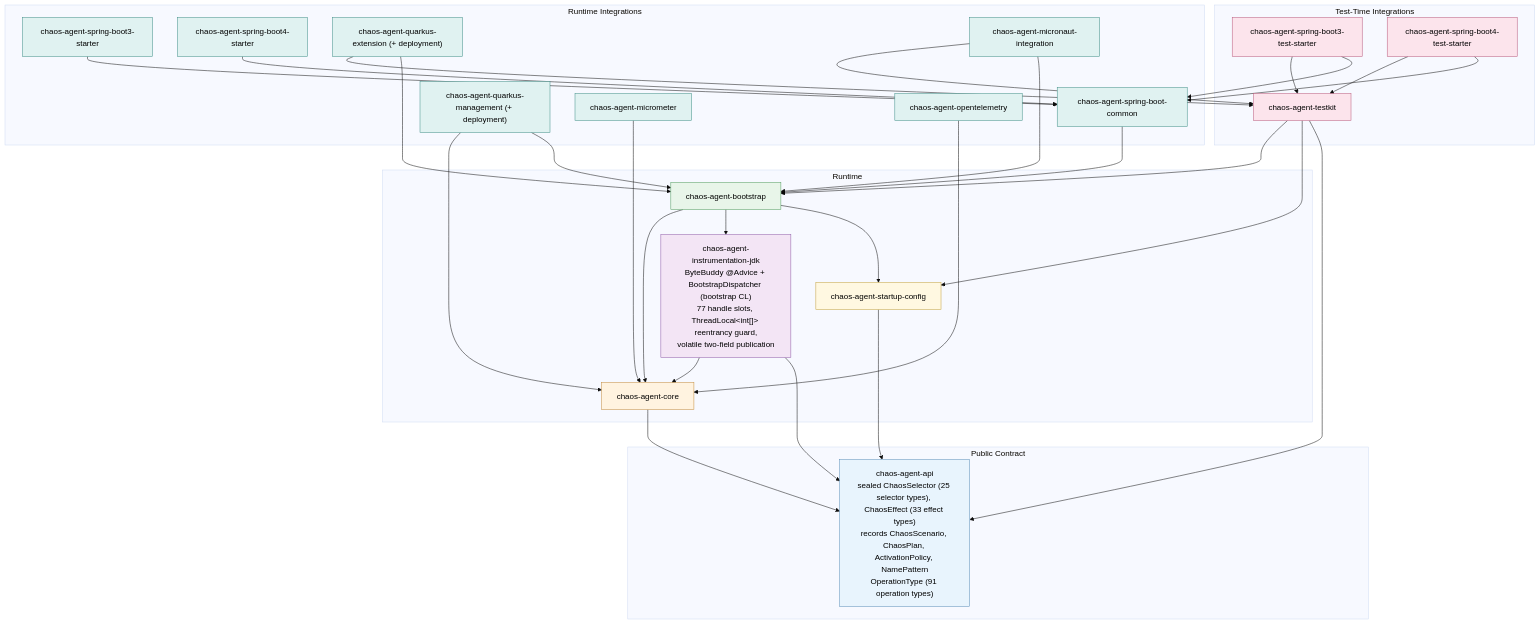
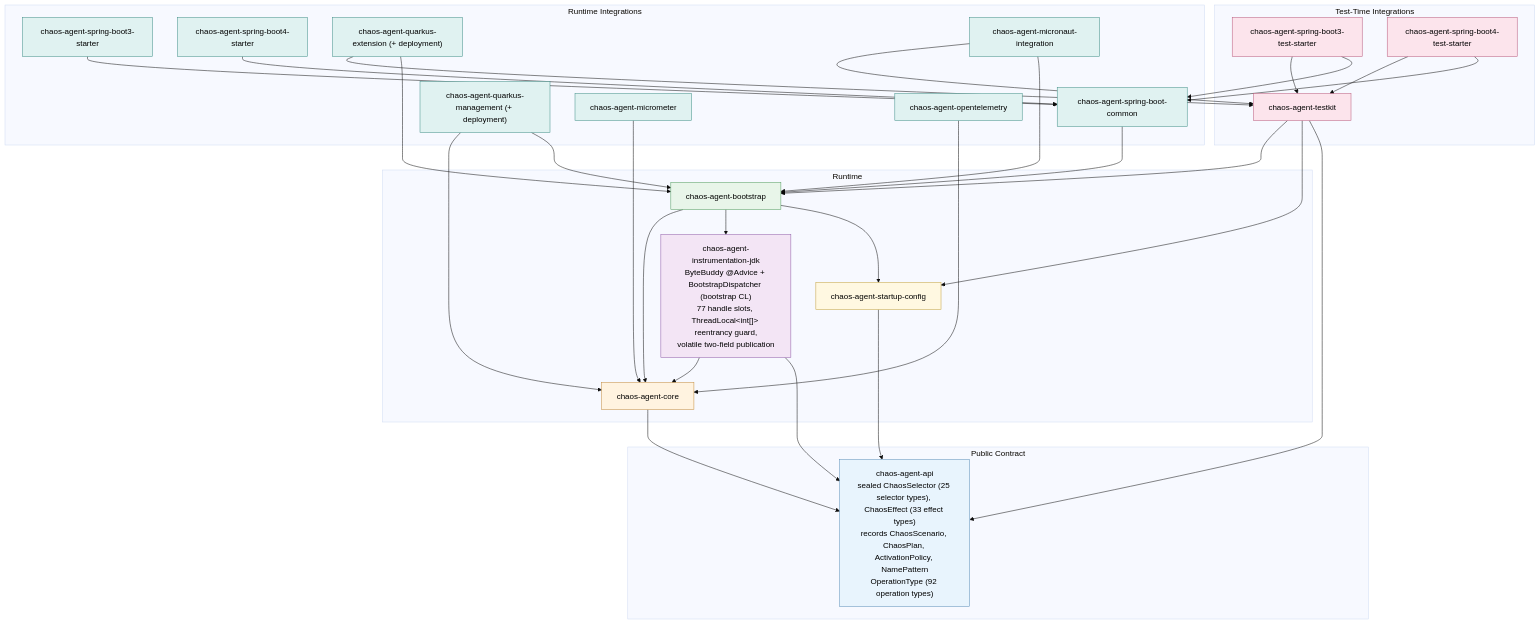
Before and after one commit to macstab/macstab-chaos-jvm-agent: the first of 4 diagrams in docs/overall-agent.md, drawn with Mermaid (base theme). The commit also changed other lines of this file and 8 other files, not shown here.

Commit message:
docs: every event type is published; 92 operation types; no benchmark gate; reports need reports=on; stressor steps and API surface match the code

````diff
--- a/docs/overall-agent.md
+++ b/docs/overall-agent.md
@@ -103,68 +103,68 @@
 ```mermaid
 flowchart TB
   subgraph contract["Public Contract"]
-    api["chaos-agent-api<br/>sealed ChaosSelector (25 selector types), ChaosEffect (33 effect types)<br/>records ChaosScenario, ChaosPlan, ActivationPolicy, NamePattern<br/>OperationType (91 operation types)"]
+    api["chaos-agent-api<br/>sealed ChaosSelector (25 selector types), ChaosEffect (33 effect types)<br/>records ChaosScenario, ChaosPlan, ActivationPolicy, NamePattern<br/>OperationType (92 operation types)"]
   end
   subgraph runtime["Runtime"]
     core["chaos-agent-core"]
     instr["chaos-agent-instrumentation-jdk<br/>ByteBuddy @Advice + BootstrapDispatcher (bootstrap CL)<br/>77 handle slots, ThreadLocal&lt;int[]&gt; reentrancy guard,<br/>volatile two-field publication"]
     config["chaos-agent-startup-config"]
     boot["chaos-agent-bootstrap"]
   end
   subgraph testing["Test-Time Integrations"]
     testkit["chaos-agent-testkit"]
     sb3t["chaos-agent-spring-boot3-test-starter"]
     sb4t["chaos-agent-spring-boot4-test-starter"]
   end
   subgraph integrations["Runtime Integrations"]
     sbc["chaos-agent-spring-boot-common"]
     sb3["chaos-agent-spring-boot3-starter"]
     sb4["chaos-agent-spring-boot4-starter"]
     qx["chaos-agent-quarkus-extension (+ deployment)"]
     qm["chaos-agent-quarkus-management (+ deployment)"]
     mn["chaos-agent-micronaut-integration"]
     mm["chaos-agent-micrometer"]
     otel["chaos-agent-opentelemetry"]
   end
 
   core --> api
   instr --> core
   instr --> api
   config --> api
   boot --> core
   boot --> instr
   boot --> config
   testkit --> boot
   testkit --> config
   testkit --> api
   sb3t --> testkit
   sb4t --> testkit
   sb3t --> sbc
   sb4t --> sbc
   sbc --> boot
   sb3 --> sbc
   sb4 --> sbc
   qx --> testkit
   qx --> boot
   qm --> core
   qm --> boot
   mn --> testkit
   mn --> boot
   mm --> core
   otel --> core
 
   classDef apiStyle fill:#E8F4FD,stroke:#5B8DB8,color:#000
   classDef coreStyle fill:#FFF3E0,stroke:#C28A3A,color:#000
   classDef bridgeStyle fill:#F3E5F5,stroke:#8E5BA8,color:#000
   classDef bootStyle fill:#E8F5E9,stroke:#4E9A5B,color:#000
   classDef configStyle fill:#FFF8E1,stroke:#C2A13A,color:#000
   classDef testStyle fill:#FCE4EC,stroke:#B8587A,color:#000
   classDef springStyle fill:#E0F2F1,stroke:#3E8E86,color:#000
   class api apiStyle
   class core coreStyle
   class instr bridgeStyle
   class boot bootStyle
   class config configStyle
   class testkit,sb3t,sb4t testStyle
   class sbc,sb3,sb4,qx,qm,mn,mm,otel springStyle
 ```
````
